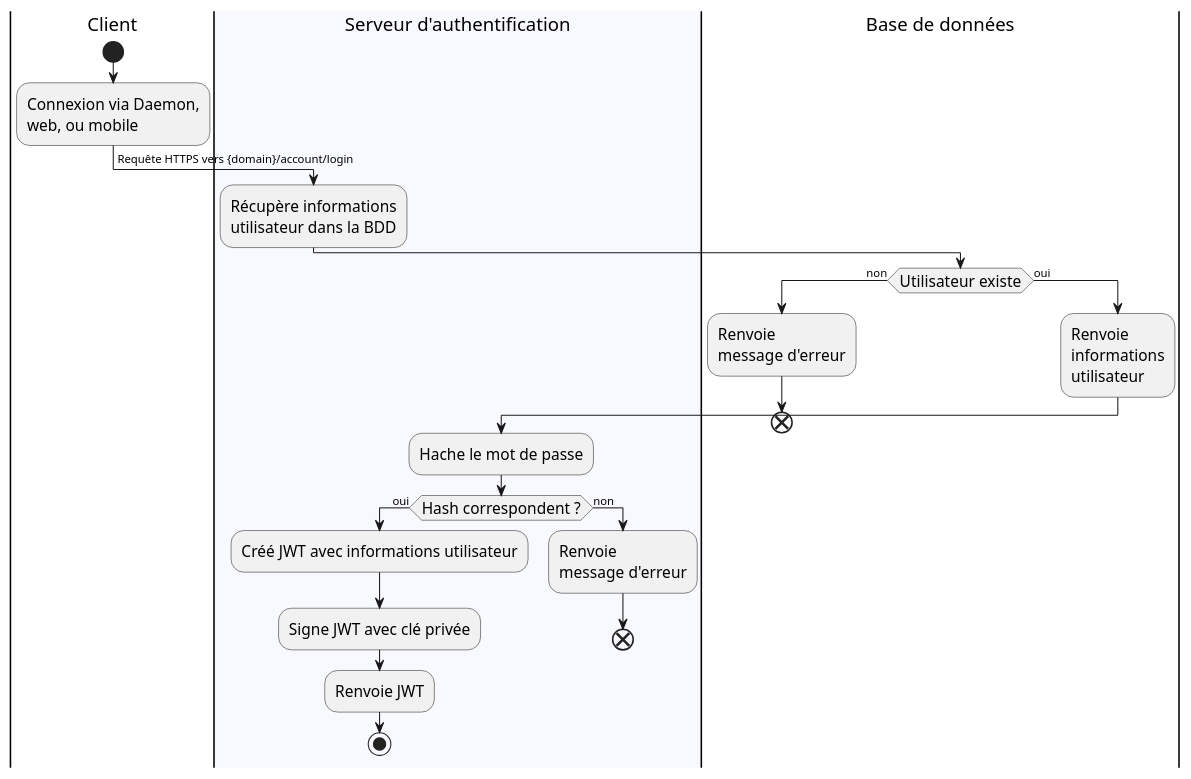
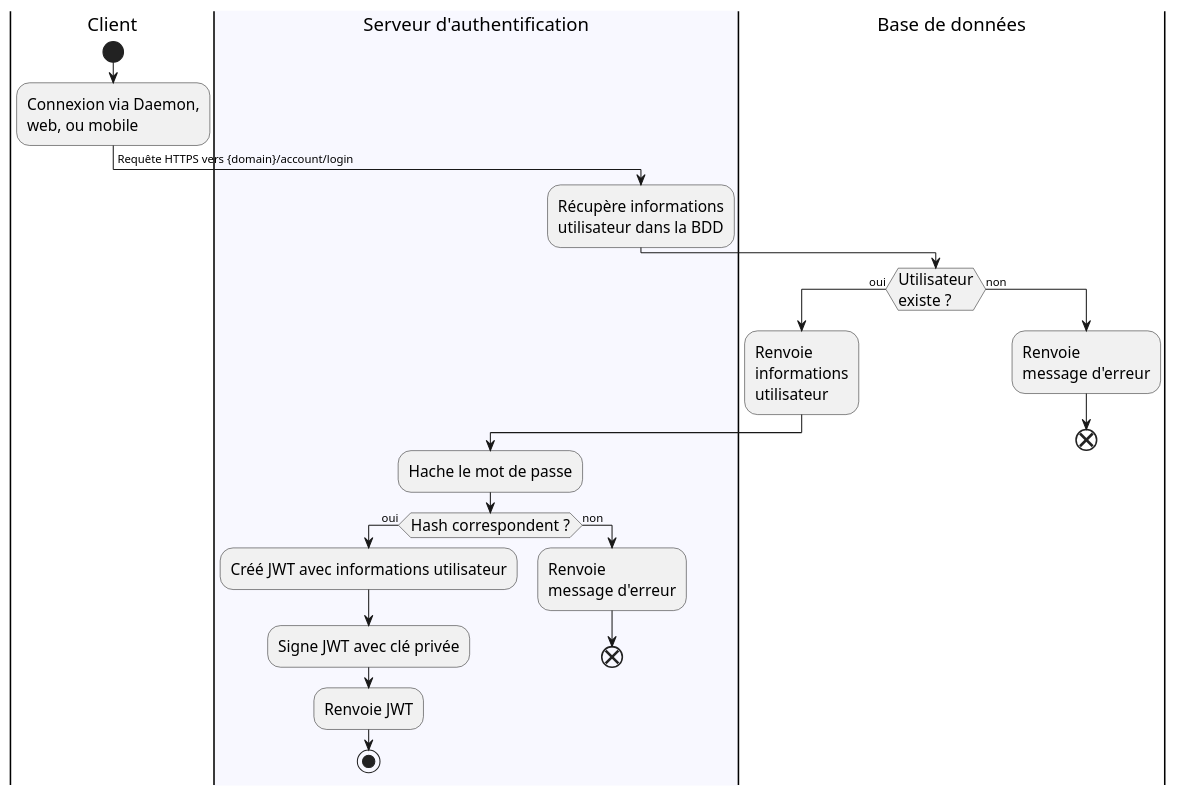
One commit to FocusCompany/Documents changed the diagram in AA2/Backend/jwt_creation.plantuml. Above: the diagram before and after it, drawn with PlantUML.

Commit message:
Clean module orders

```diff
--- a/AA2/Backend/jwt_creation.plantuml
+++ b/AA2/Backend/jwt_creation.plantuml
@@ -1,33 +1,35 @@
 @startuml
 skinparam ActivityFontSize 15
 
 |Client|
 
 start
 :Connexion via Daemon,\nweb, ou mobile;
 -> Requête HTTPS vers {domain}/account/login;
 
 |#GhostWhite|Serveur d'authentification|
   :Récupère informations\nutilisateur dans la BDD;
+
   |Base de données|
-  if (Utilisateur existe) then (non)
-    :Renvoie\nmessage d'erreur;
-    end
-  else (oui)
-
+  if (Utilisateur\nexiste ?) then (oui)
     |Base de données|
     :Renvoie\ninformations\nutilisateur;
 
     |Serveur d'authentification|
     :Hache le mot de passe;
 
     if (Hash correspondent ?) then (oui)
       :Créé JWT avec informations utilisateur;
       :Signe JWT avec clé privée;
       :Renvoie JWT;
       stop
     else (non)
       :Renvoie\nmessage d'erreur;
-      end    
+      end
+    endif
+  else (non)
+    |Base de données|
+    :Renvoie\nmessage d'erreur;
+    end
   endif
 @enduml
```
